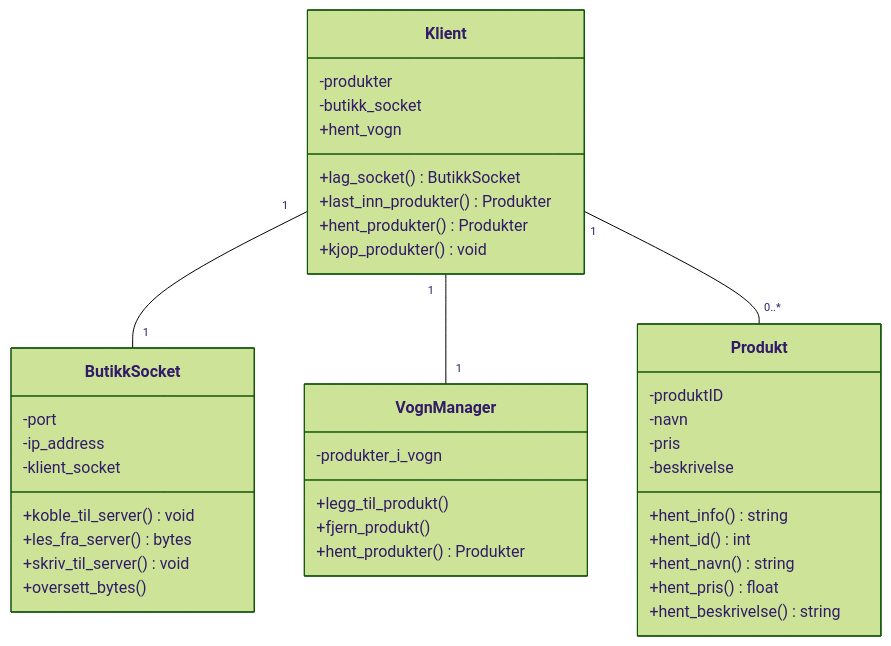
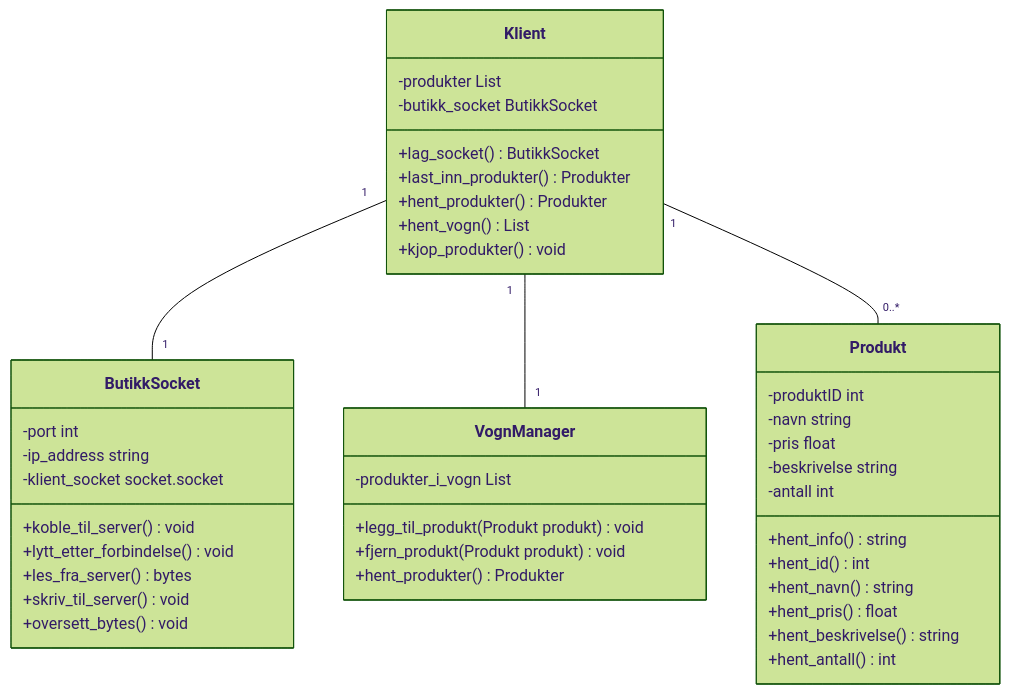
One commit to kmp-utvikler/bakeri_butikk changed the third of 3 diagrams in docs/design/klient.md. Above: the diagram before and after it, drawn with Mermaid (forest theme). The commit also changed other lines of this file and 1 other file, not shown here.

Commit message:
skrev ferdig klient.md og server.md

````diff
--- a/docs/design/klient.md
+++ b/docs/design/klient.md
@@ -47,43 +48,46 @@
 ```mermaid
 
 classDiagram
     class Klient {
-        -produkter
-        -butikk_socket
+        -produkter List<Produkt>
+        -butikk_socket ButikkSocket
         +lag_socket() ButikkSocket
         +last_inn_produkter() Produkter
         +hent_produkter() Produkter
-        +hent_vogn
+        +hent_vogn() List<Produkt>
         +kjop_produkter() void
     }
     class VognManager {
-        -produkter_i_vogn
-        +legg_til_produkt()
-        +fjern_produkt()
+        -produkter_i_vogn List<Produkt>
+        +legg_til_produkt(Produkt produkt) void
+        +fjern_produkt(Produkt produkt) void
         +hent_produkter() Produkter
     }
     class Produkt {
-        -produktID
-        -navn
-        -pris
-        -beskrivelse
+        -produktID int
+        -navn string
+        -pris float
+        -beskrivelse string
+        -antall int
         +hent_info() string
         +hent_id() int
         +hent_navn() string
         +hent_pris() float
         +hent_beskrivelse() string
+        +hent_antall() int
     }
     class ButikkSocket {
-        -port
-        -ip_address
-        -klient_socket
+        -port int
+        -ip_address string
+        -klient_socket socket.socket
         +koble_til_server() void
+        +lytt_etter_forbindelse() void
         +les_fra_server() bytes
         +skriv_til_server() void
-        +oversett_bytes()
+        +oversett_bytes() void
     }
     Klient "1" -- "1" ButikkSocket    
     Klient "1" -- "1" VognManager    
     Klient "1"--"0..*" Produkt
 
 ```
````
